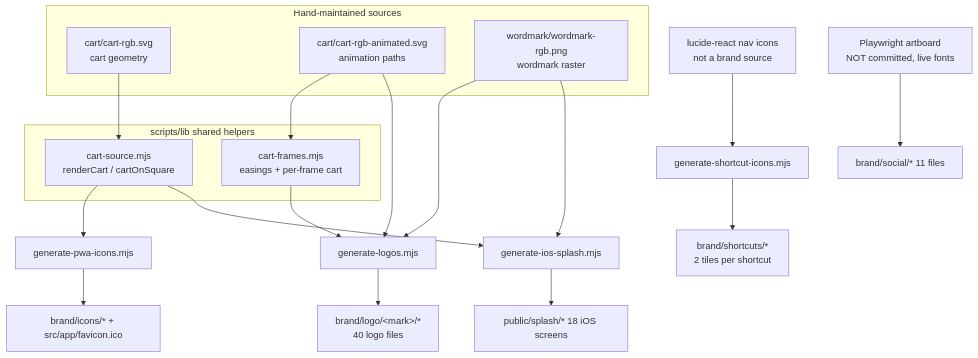
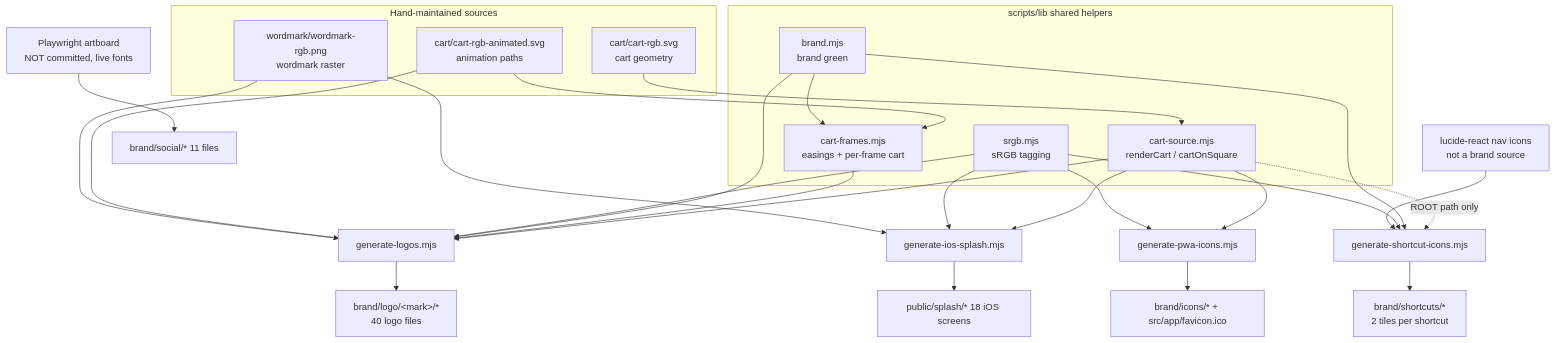
The first of 2 diagrams in docs/BRAND.md (OffCrazyFreak/Disscount), drawn with Mermaid before and after one commit. The commit also changed 1 other file, not shown here.

Commit message:
docs: Align the brand graph and the nav regression checklist with what shipped
Changes:
- Add brand.mjs and srgb.mjs to the generator graph, with their real edges
- Mark the shortcut generator's cart-source edge as the ROOT path only, so it
  does not read as a cart dependency the table below denies
- Correct three regression-checklist lines the review pass left stale: the
  products sheet now closes on submit, the clear-filters label stays visible
  below md, and a modal scrim covers the bar

The graph omitted the two shared helpers the PWA branch introduced, and the
checklist still described the behaviour that branch replaced.

Notes:
- CodeRabbit comment on PR #131 about cart/cart-r.svg and cart/white.svg was
  wrong and is not applied: generate-logos.mjs:124 writes cart-rgb.svg via
  markFile, cart-source.mjs reads it lazily inside renderCart, and neither
  cart-r.svg nor white.svg exists. The existing ordering note is accurate
- Its third comment, default-exporting pwaShortcuts, is also declined: every
  sibling in constants/ uses named exports

````diff
--- a/docs/BRAND.md
+++ b/docs/BRAND.md
@@ -53,28 +53,34 @@
 ```mermaid
 flowchart TD
     subgraph Sources[Hand-maintained sources]
         S1[cart/cart-rgb.svg<br/>cart geometry]
         S2[cart/cart-rgb-animated.svg<br/>animation paths]
         S3[wordmark/wordmark-rgb.png<br/>wordmark raster]
     end
     subgraph Shared[scripts/lib shared helpers]
         L1[cart-source.mjs<br/>renderCart / cartOnSquare]
         L2[cart-frames.mjs<br/>easings + per-frame cart]
+        L3[brand.mjs<br/>brand green]
+        L4[srgb.mjs<br/>sRGB tagging]
     end
     S1 --> L1
     S2 --> L2
+    L3 --> L2
     G1[generate-logos.mjs]
     G2[generate-pwa-icons.mjs]
     G3[generate-ios-splash.mjs]
     G4[generate-shortcut-icons.mjs]
-    L1 --> G2 & G3
+    L1 --> G1 & G2 & G3
+    L1 -.->|ROOT path only| G4
     L2 --> G1
+    L3 --> G1 & G4
+    L4 --> G1 & G2 & G3 & G4
     S2 --> G1
     S3 --> G1 & G3
     Lucide[lucide-react nav icons<br/>not a brand source] --> G4
     G1 --> O1[brand/logo/&lt;mark&gt;/*<br/>40 logo files]
     G2 --> O2[brand/icons/* + src/app/favicon.ico]
     G3 --> O3[public/splash/* 18 iOS screens]
     G4 --> O5[brand/shortcuts/*<br/>2 tiles per shortcut]
     Artboard[Playwright artboard<br/>NOT committed, live fonts] --> O4[brand/social/* 11 files]
 ```
````
